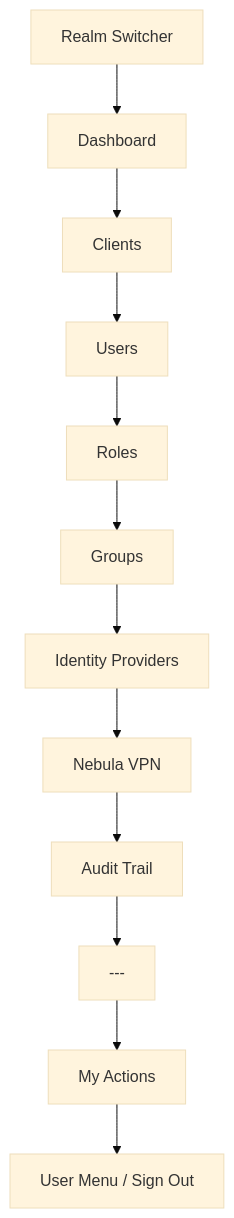
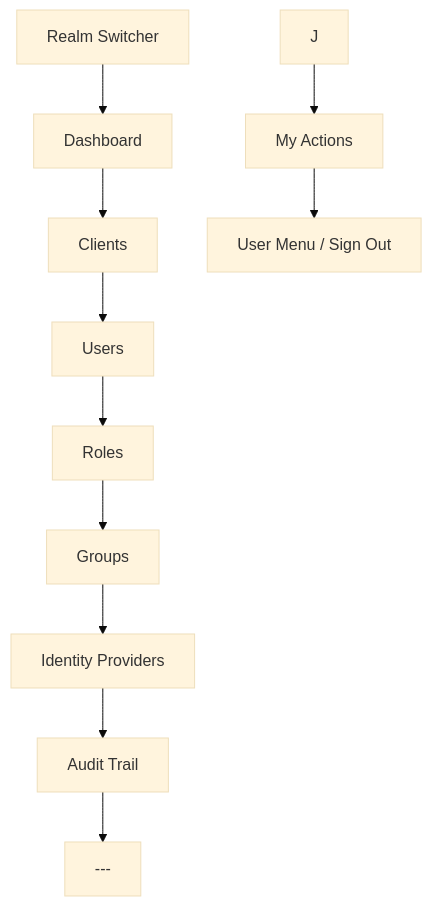
Before and after one commit to ravencloak-org/ravencloak: the second of 5 diagrams in docs/superpowers/specs/2026-04-02-frontend-redesign-design.md, drawn with Mermaid (base theme). The commit also changed other lines of this file and 112 other files, not shown here.

````diff
--- a/docs/superpowers/specs/2026-04-02-frontend-redesign-design.md
+++ b/docs/superpowers/specs/2026-04-02-frontend-redesign-design.md
@@ -49,14 +49,13 @@
 ```mermaid
 graph TD
     A[Realm Switcher] --> B[Dashboard]
     B --> C[Clients]
     C --> D[Users]
     D --> E[Roles]
     E --> F[Groups]
     F --> G[Identity Providers]
-    G --> H[Nebula VPN]
-    H --> I[Audit Trail]
-    I --> J[---]
+    G --> H[Audit Trail]
+    H --> I[---]
     J --> K[My Actions]
     K --> L[User Menu / Sign Out]
 ```
````
